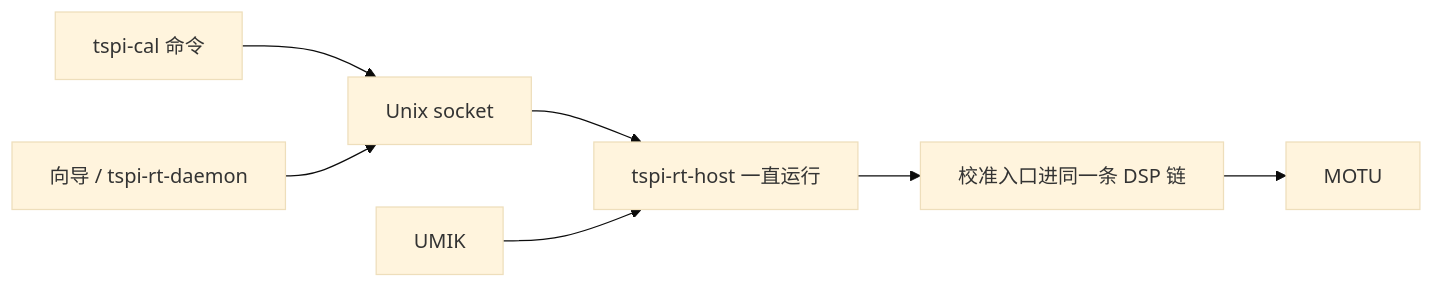
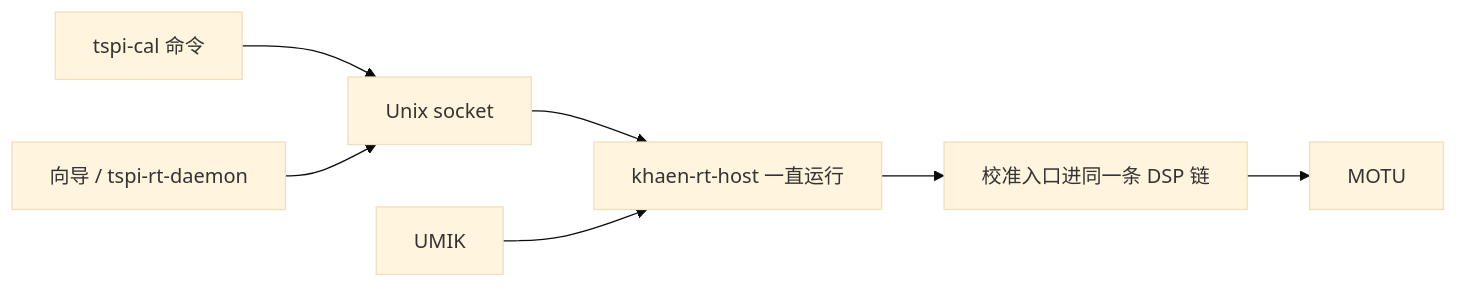
The diagram in specs/rt-programs/design.md (ModerRAS/khaen), drawn with Mermaid (base theme) before and after one commit. The commit also changed other lines of this file and 407 other files, not shown here.

````diff
--- a/specs/rt-programs/design.md
+++ b/specs/rt-programs/design.md
@@ -21,9 +21,9 @@
 ```mermaid
 flowchart LR
   cli["tspi-cal 命令"] --> sock["Unix socket"]
   web["向导 / tspi-rt-daemon"] --> sock
-  sock --> host["tspi-rt-host 一直运行"]
+  sock --> host["khaen-rt-host 一直运行"]
   host --> chain["校准入口进同一条 DSP 链"]
   chain --> motu["MOTU"]
   umik["UMIK"] --> host
 ```
````
